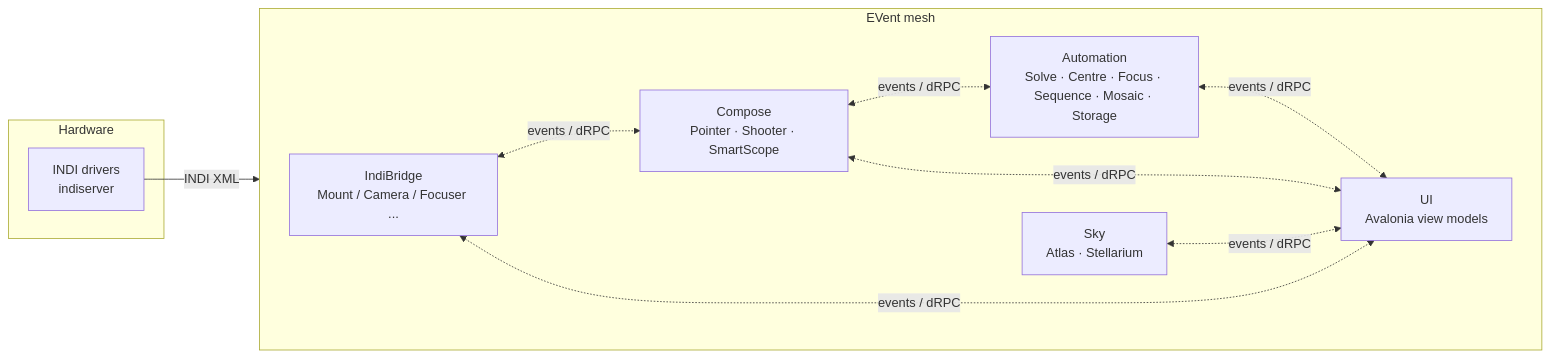
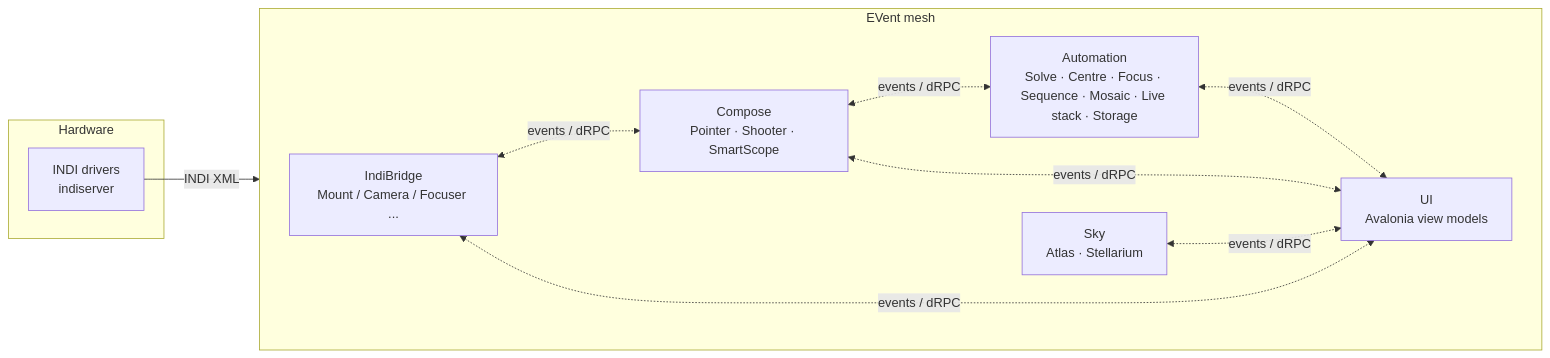
The first of 7 diagrams in docs/development.md (UltraGeekDEV/ELink-Astro), drawn with Mermaid before and after one commit. The commit also changed other lines of this file and 22 other files, not shown here.

Commit message:
Live stacking into a fixed virtual field at any pixel scale: TAN WCS (full solve-field solution), exact homography resampling, bicubic upscaling, binned + supersampled area-averaged downscaling, sky-level matching, float FITS + WCS out; service, Live stack tab, docs

````diff
--- a/docs/development.md
+++ b/docs/development.md
@@ -11,21 +11,21 @@
 ```mermaid
 flowchart LR
     subgraph HW[Hardware]
         D1[INDI drivers<br/>indiserver]
     end
     subgraph Mesh[EVent mesh]
         direction LR
         B[IndiBridge<br/>Mount / Camera / Focuser ...]
         C[Compose<br/>Pointer · Shooter · SmartScope]
-        A[Automation<br/>Solve · Centre · Focus · Sequence · Mosaic · Storage]
+        A[Automation<br/>Solve · Centre · Focus · Sequence · Mosaic · Live stack · Storage]
         S[Sky<br/>Atlas · Stellarium]
         U[UI<br/>Avalonia view models]
     end
     D1 -- INDI XML --> B
     B <-. events / dRPC .-> C
     C <-. events / dRPC .-> A
     A <-. events / dRPC .-> U
     C <-. events / dRPC .-> U
     S <-. events / dRPC .-> U
     B <-. events / dRPC .-> U
 ```
````
